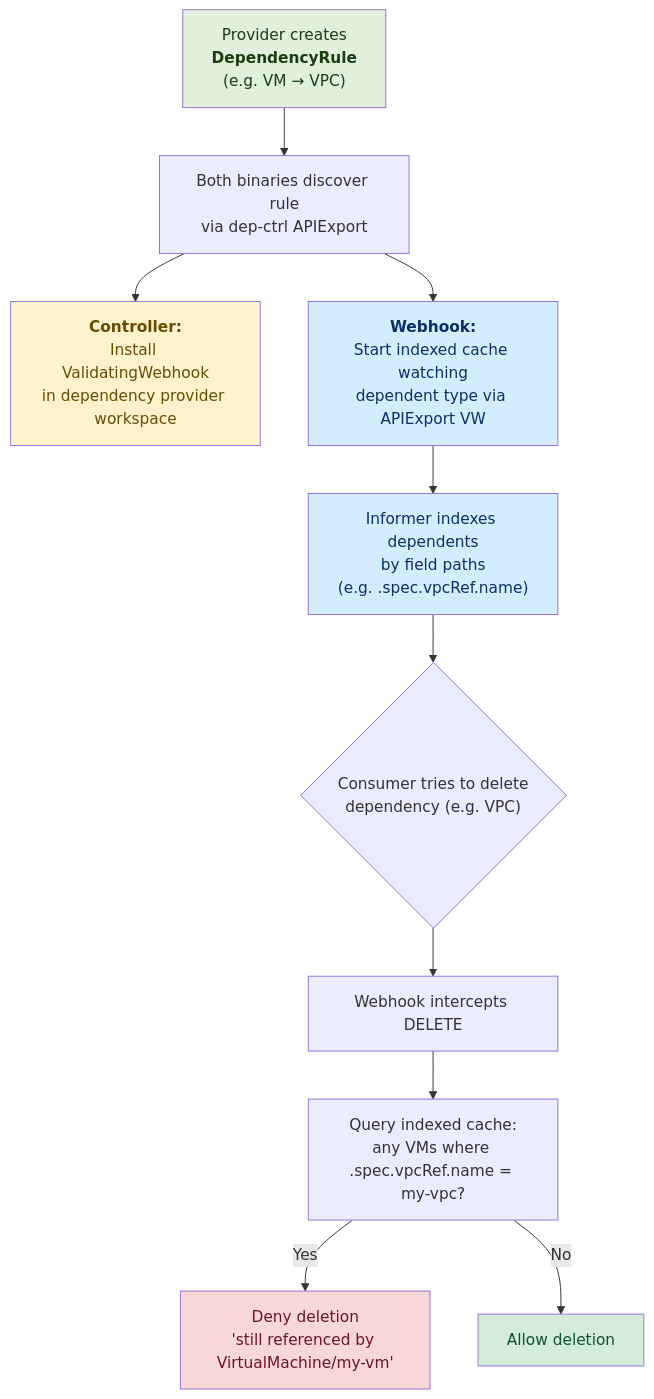
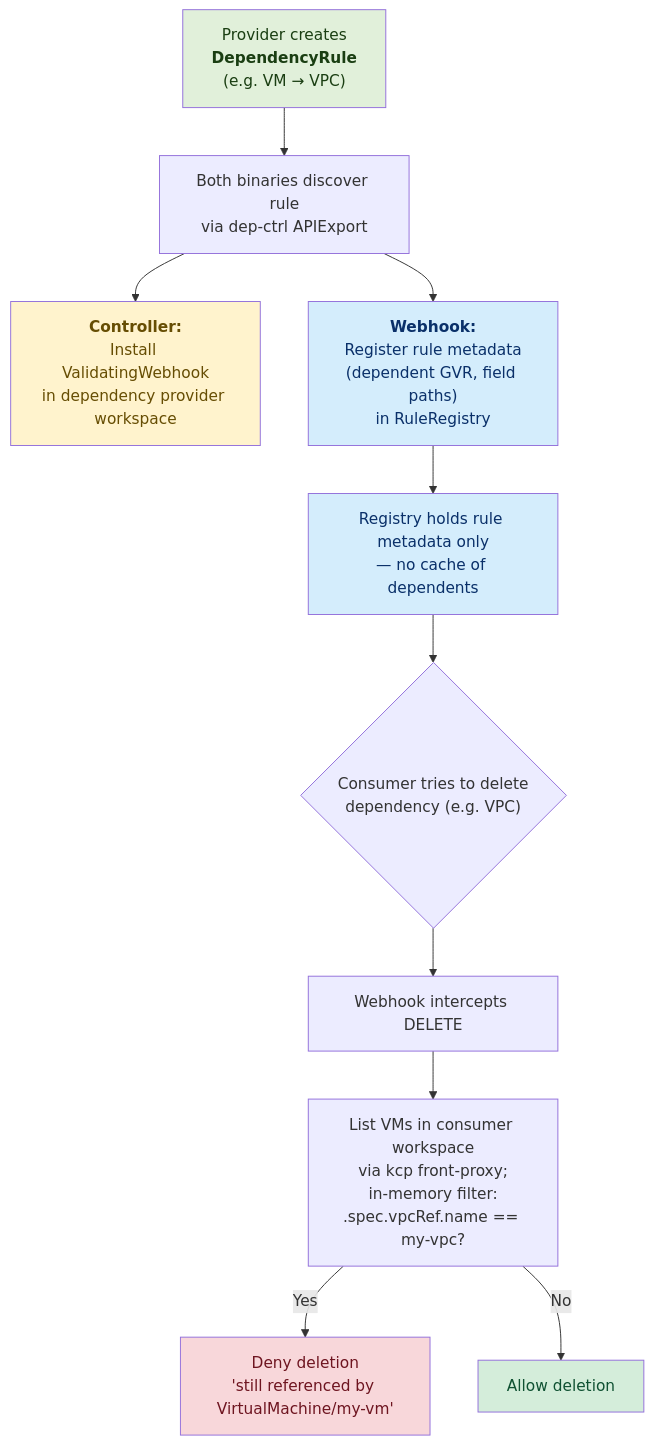
The first of 2 diagrams in README.md (opendefensecloud/dependency-controller), drawn with Mermaid before and after one commit. The commit also changed other lines of this file and 1 other file, not shown here.

````diff
--- a/README.md
+++ b/README.md
@@ -19,22 +22,22 @@
 ```mermaid
 flowchart TD
     A["Provider creates<br/><b>DependencyRule</b><br/>(e.g. VM → VPC)"] --> B["Both binaries discover rule<br/>via dep-ctrl APIExport"]
 
     B --> C["<b>Controller:</b><br/>Install ValidatingWebhook<br/>in dependency provider workspace"]
-    B --> E["<b>Webhook:</b><br/>Start indexed cache watching<br/>dependent type via APIExport VW"]
+    B --> E["<b>Webhook:</b><br/>Register rule metadata<br/>(dependent GVR, field paths)<br/>in RuleRegistry"]
 
-    E --> F["Informer indexes dependents<br/>by field paths<br/>(e.g. .spec.vpcRef.name)"]
+    E --> F["Registry holds rule metadata only<br/>— no cache of dependents"]
 
     F --> G{"Consumer tries to delete<br/>dependency (e.g. VPC)"}
     G --> H["Webhook intercepts DELETE"]
-    H --> I["Query indexed cache:<br/>any VMs where .spec.vpcRef.name = my-vpc?"]
+    H --> I["List VMs in consumer workspace<br/>via kcp front-proxy;<br/>in-memory filter:<br/>.spec.vpcRef.name == my-vpc?"]
     I -- Yes --> J["Deny deletion<br/>'still referenced by VirtualMachine/my-vm'"]
     I -- No --> K["Allow deletion"]
 
     style A fill:#e1f0da,color:#1a3e12
     style C fill:#fff3cd,color:#664d03
     style E fill:#d4edfc,color:#0a3069
     style F fill:#d4edfc,color:#0a3069
     style J fill:#f8d7da,color:#6e1520
     style K fill:#d4edda,color:#0f5132
 ```
````
